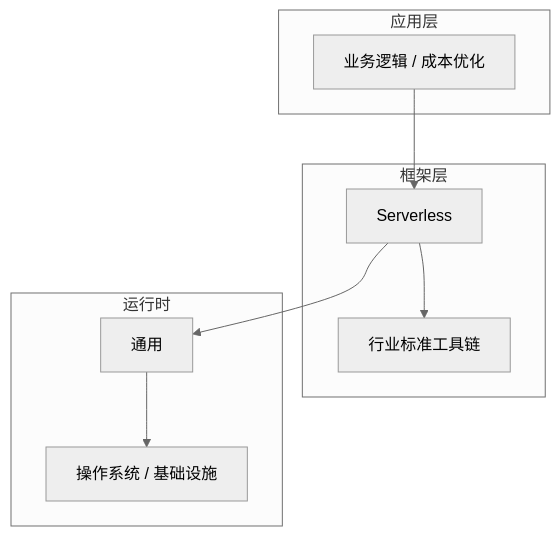
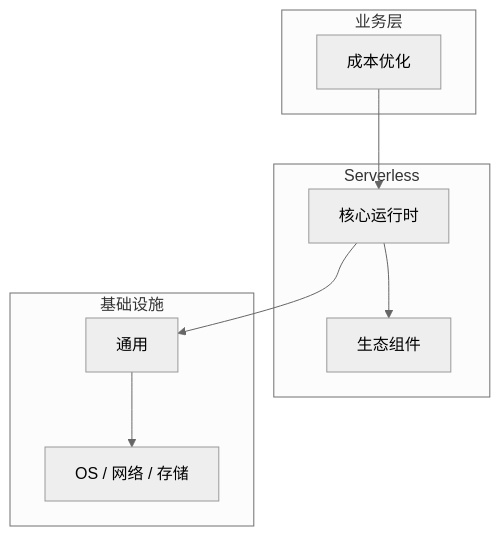
Before and after one commit to yanggan2015/knowledge-json-v2: the diagram in articles/Serverless/chapters/061-成本优化核心概念与原理.md, drawn with Mermaid (neutral theme). The commit also changed other lines of this file and 10127 other files, not shown here.

````diff
--- a/articles/Serverless/chapters/061-成本优化核心概念与原理.md
+++ b/articles/Serverless/chapters/061-成本优化核心概念与原理.md
@@ -45,18 +34,18 @@
 ```mermaid
 graph TB
-    subgraph 应用层
-        A[业务逻辑 / 成本优化]
+    subgraph 业务层
+        A[成本优化]
     end
-    subgraph 框架层
-        B[Serverless]
-        C[行业标准工具链]
+    subgraph Serverless
+        B[核心运行时]
+        C[生态组件]
     end
-    subgraph 运行时
+    subgraph 基础设施
         D[通用]
-        E[操作系统 / 基础设施]
+        E[OS / 网络 / 存储]
     end
     A --> B
     B --> C
     B --> D
     D --> E
 ```
````
